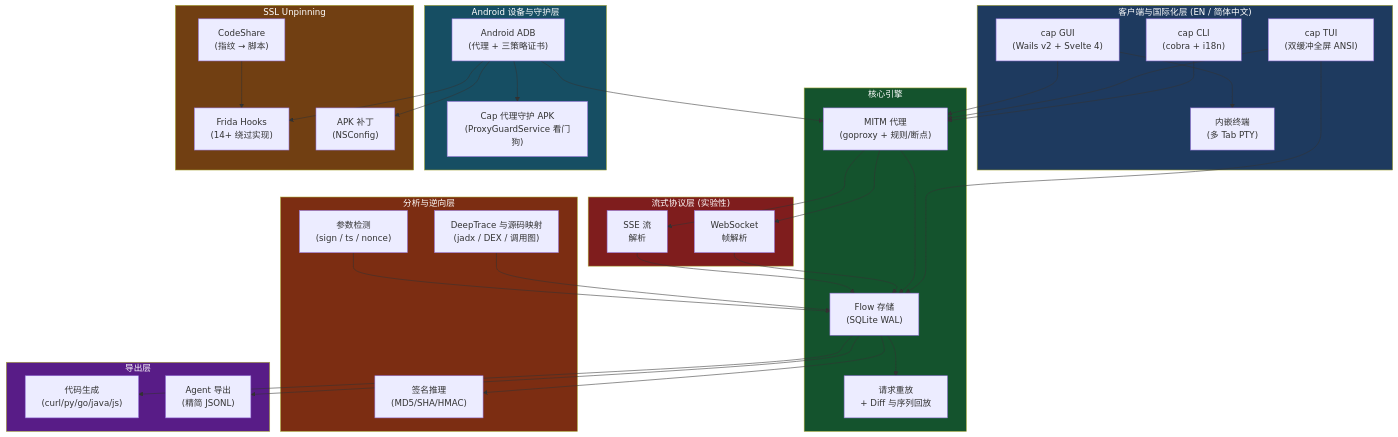
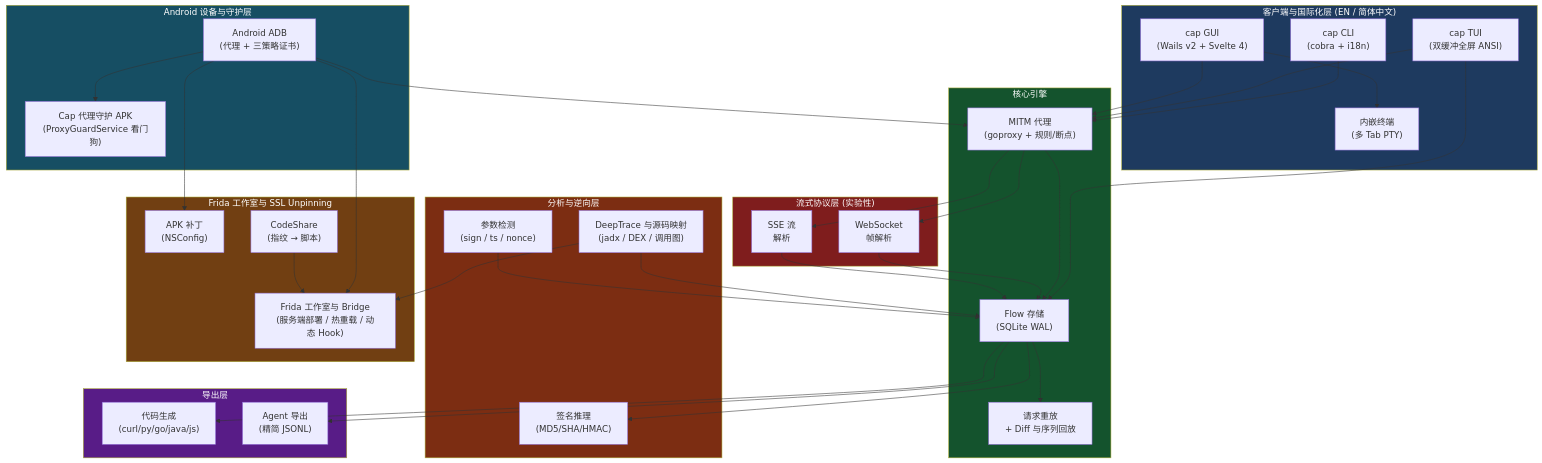
The first of 2 diagrams in README_CN.md (overkazaf/cap), drawn with Mermaid before and after one commit. The commit also changed other lines of this file and 42 other files, not shown here.

First line of the commit message:
feat(frida): Frida Studio workbench, server lifecycle, Python bridge with hot-reload, DeepTrace→Hook codegen & CLI

````diff
--- a/README_CN.md
+++ b/README_CN.md
@@ -103,72 +104,73 @@
 ```mermaid
 flowchart TB
     subgraph 客户端["客户端与国际化层 (EN / 简体中文)"]
         CLI["cap CLI<br/>(cobra + i18n)"]
         TUI["cap TUI<br/>(双缓冲全屏 ANSI)"]
         GUI["cap GUI<br/>(Wails v2 + Svelte 4)"]
         TTY["内嵌终端<br/>(多 Tab PTY)"]
     end
 
     subgraph 核心引擎["核心引擎"]
         PROXY["MITM 代理<br/>(goproxy + 规则/断点)"]
         STORE["Flow 存储<br/>(SQLite WAL)"]
         REPLAY["请求重放<br/>+ Diff 与序列回放"]
     end
 
     subgraph 分析层["分析与逆向层"]
         SIGN["签名推理<br/>(MD5/SHA/HMAC)"]
         TRACE["DeepTrace 与源码映射<br/>(jadx / DEX / 调用图)"]
         DETECT["参数检测<br/>(sign / ts / nonce)"]
     end
 
     subgraph 导出层["导出层"]
         CODEGEN["代码生成<br/>(curl/py/go/java/js)"]
         AGENT["Agent 导出<br/>(精简 JSONL)"]
     end
 
     subgraph 抓取层["流式协议层 (实验性)"]
         WS["WebSocket<br/>帧解析"]
         SSE["SSE 流<br/>解析"]
     end
 
     subgraph 设备层["Android 设备与守护层"]
         ADB["Android ADB<br/>(代理 + 三策略证书)"]
         GUARD["Cap 代理守护 APK<br/>(ProxyGuardService 看门狗)"]
     end
 
-    subgraph 脱钉层["SSL Unpinning"]
-        FRIDA["Frida Hooks<br/>(14+ 绕过实现)"]
+    subgraph 脱钉层["Frida 工作室与 SSL Unpinning"]
+        FRIDA["Frida 工作室与 Bridge<br/>(服务端部署 / 热重载 / 动态 Hook)"]
         PATCH["APK 补丁<br/>(NSConfig)"]
         CODESHARE["CodeShare<br/>(指纹 → 脚本)"]
     end
 
     CLI --> PROXY
     TUI --> PROXY
     TUI --> STORE
     GUI --> PROXY
     GUI --> TTY
     PROXY --> STORE
     PROXY --> WS
     PROXY --> SSE
     WS --> STORE
     SSE --> STORE
     STORE --> CODEGEN
     STORE --> AGENT
     STORE --> SIGN
     STORE --> REPLAY
     TRACE --> STORE
+    TRACE --> FRIDA
     DETECT --> STORE
     ADB --> PROXY
     ADB --> GUARD
     ADB --> FRIDA
     ADB --> PATCH
     CODESHARE --> FRIDA
 
     style 客户端 fill:#1e3a5f,color:#fff
     style 核心引擎 fill:#14532d,color:#fff
     style 分析层 fill:#7c2d12,color:#fff
     style 导出层 fill:#581c87,color:#fff
     style 抓取层 fill:#7f1d1d,color:#fff
     style 设备层 fill:#164e63,color:#fff
     style 脱钉层 fill:#713f12,color:#fff
 ```
````
